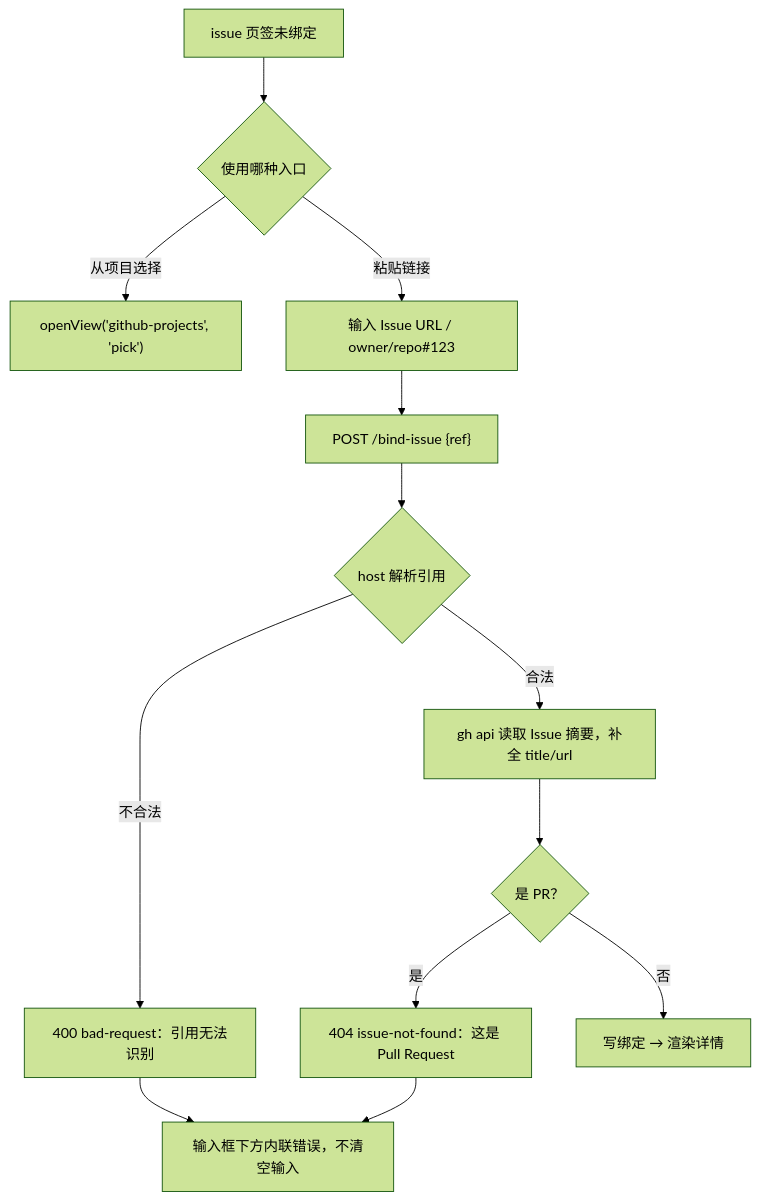
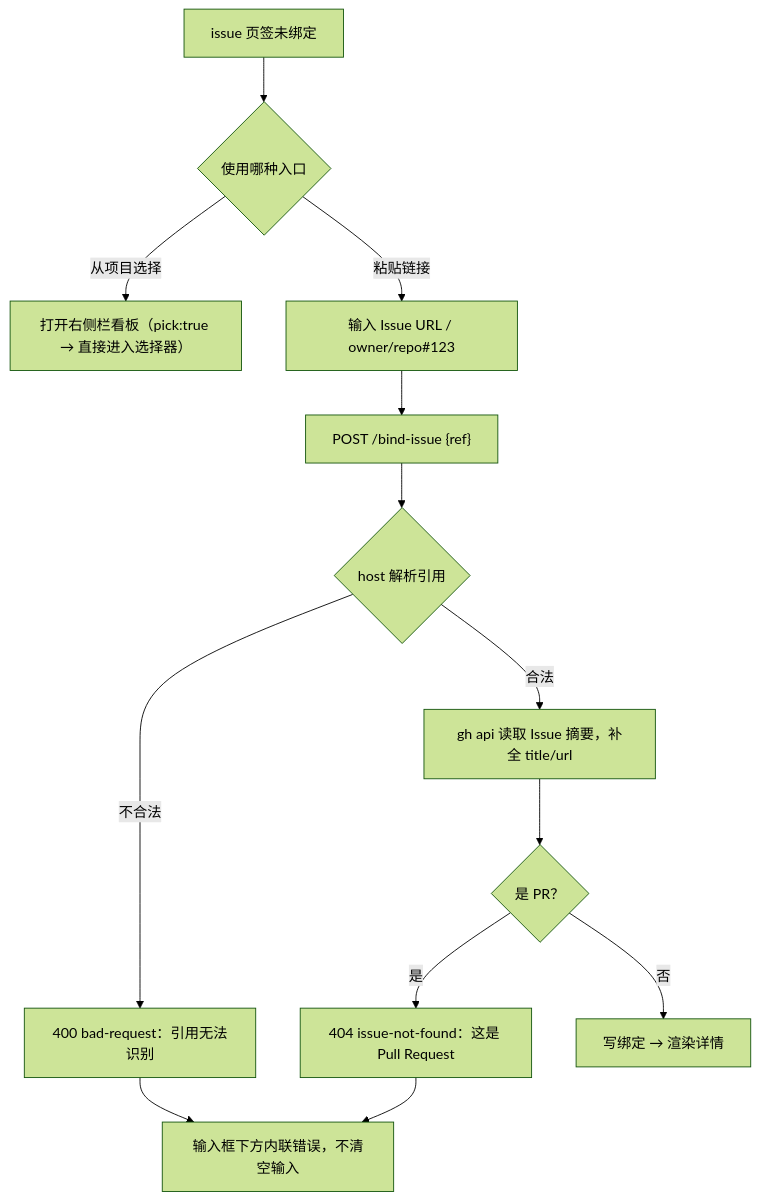
Before and after one commit to ceasarXuu/dsh-github-projects: the fourth of 8 diagrams in docs/DESIGN.zh.md, drawn with Mermaid (forest theme). The commit also changed other lines of this file and 36 other files, not shown here.

````diff
--- a/docs/DESIGN.zh.md
+++ b/docs/DESIGN.zh.md
@@ -369,15 +420,15 @@
 ```mermaid
 flowchart TD
     A["issue 页签未绑定"] --> B{"使用哪种入口"}
-    B -- "从项目选择" --> C["openView('github-projects', 'pick')"]
+    B -- "从项目选择" --> C["打开右侧栏看板（pick:true → 直接进入选择器）"]
     B -- "粘贴链接" --> D["输入 Issue URL / owner/repo#123"]
     D --> E["POST /bind-issue {ref}"]
     E --> F{"host 解析引用"}
     F -- "合法" --> G["gh api 读取 Issue 摘要，补全 title/url"]
     F -- "不合法" --> H["400 bad-request：引用无法识别"]
     G --> I{"是 PR？"}
     I -- "是" --> J["404 issue-not-found：这是 Pull Request"]
     I -- "否" --> K["写绑定 → 渲染详情"]
     H --> L["输入框下方内联错误，不清空输入"]
     J --> L
 ```
````
